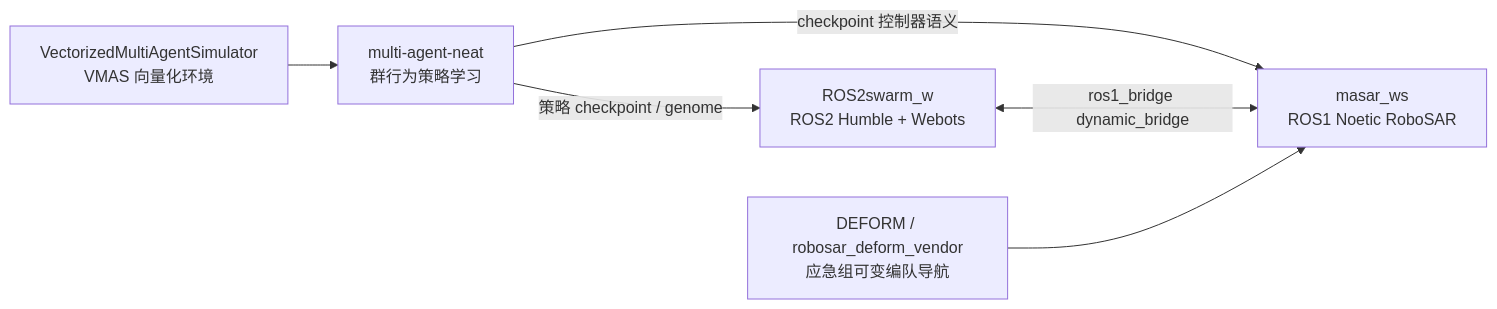
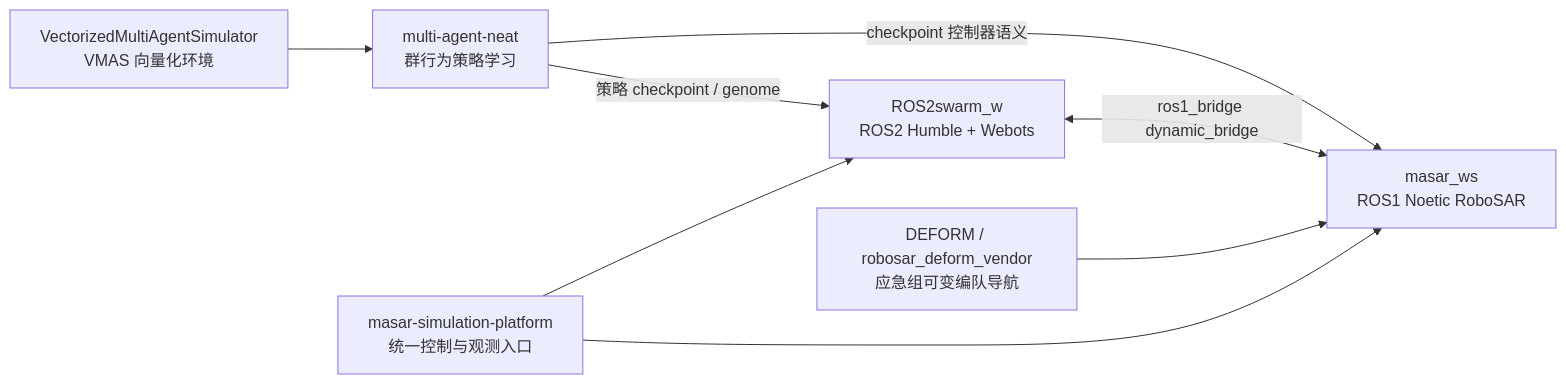
One commit to ustbmicl-ros2epucksRL/workspaces changed the diagram in README.md. Above: the diagram before and after it, drawn with Mermaid. The commit also changed other lines of this file and 136 other files, not shown here.

First line of the commit message:
feat: close MASAR simulation platform loop

````diff
--- a/README.md
+++ b/README.md
@@ -42,14 +69,17 @@
 ```mermaid
 flowchart LR
   VMAS[VectorizedMultiAgentSimulator<br/>VMAS 向量化环境]
   NEAT[multi-agent-neat<br/>群行为策略学习]
   ROS2[ROS2swarm_w<br/>ROS2 Humble + Webots]
   ROS1[masar_ws<br/>ROS1 Noetic RoboSAR]
   DEFORM[DEFORM / robosar_deform_vendor<br/>应急组可变编队导航]
+  PLATFORM[masar-simulation-platform<br/>统一控制与观测入口]
 
   VMAS --> NEAT
   NEAT -->|策略 checkpoint / genome| ROS2
   NEAT -->|checkpoint 控制器语义| ROS1
   ROS2 <-->|ros1_bridge dynamic_bridge| ROS1
   DEFORM --> ROS1
+  PLATFORM --> ROS2
+  PLATFORM --> ROS1
 ```
````
